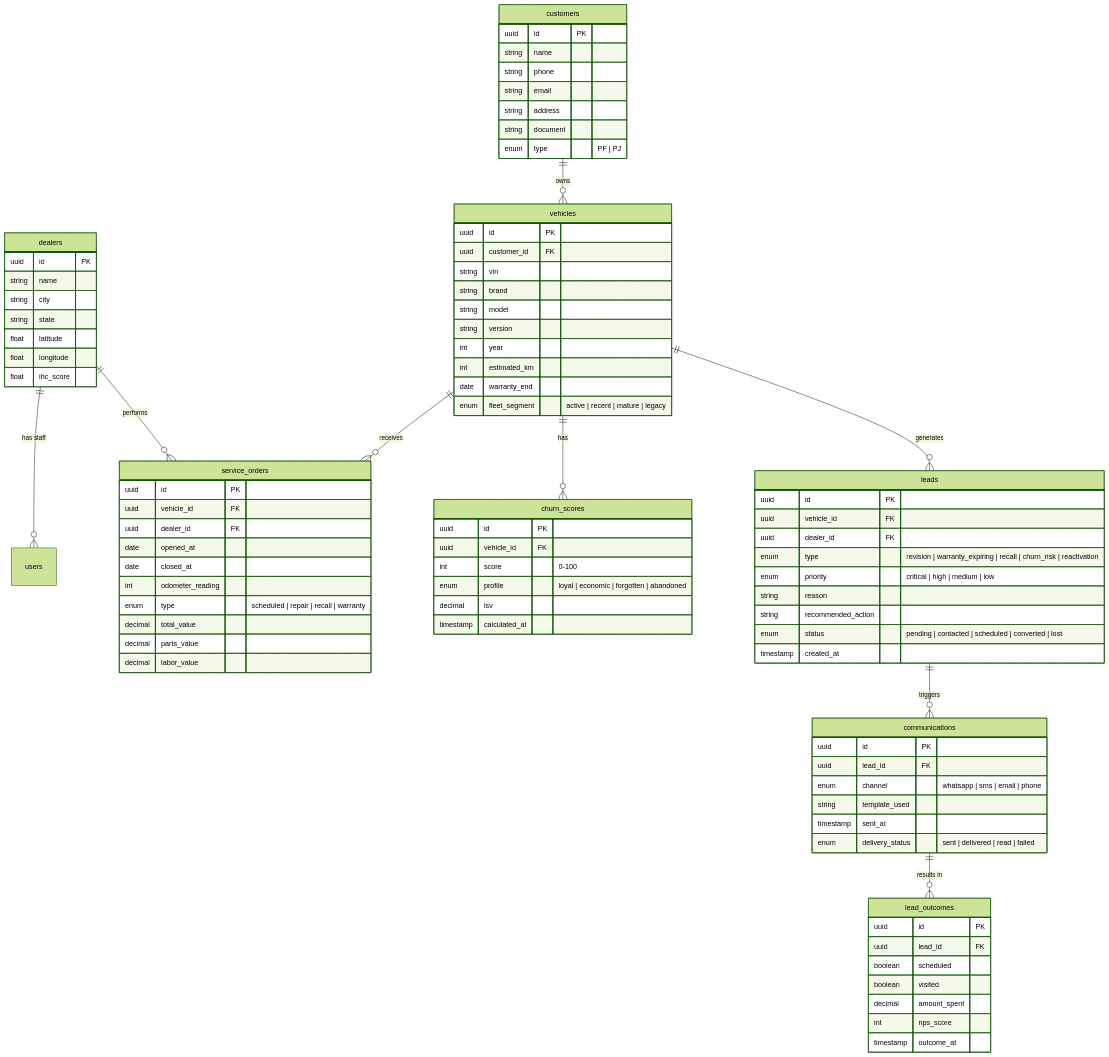
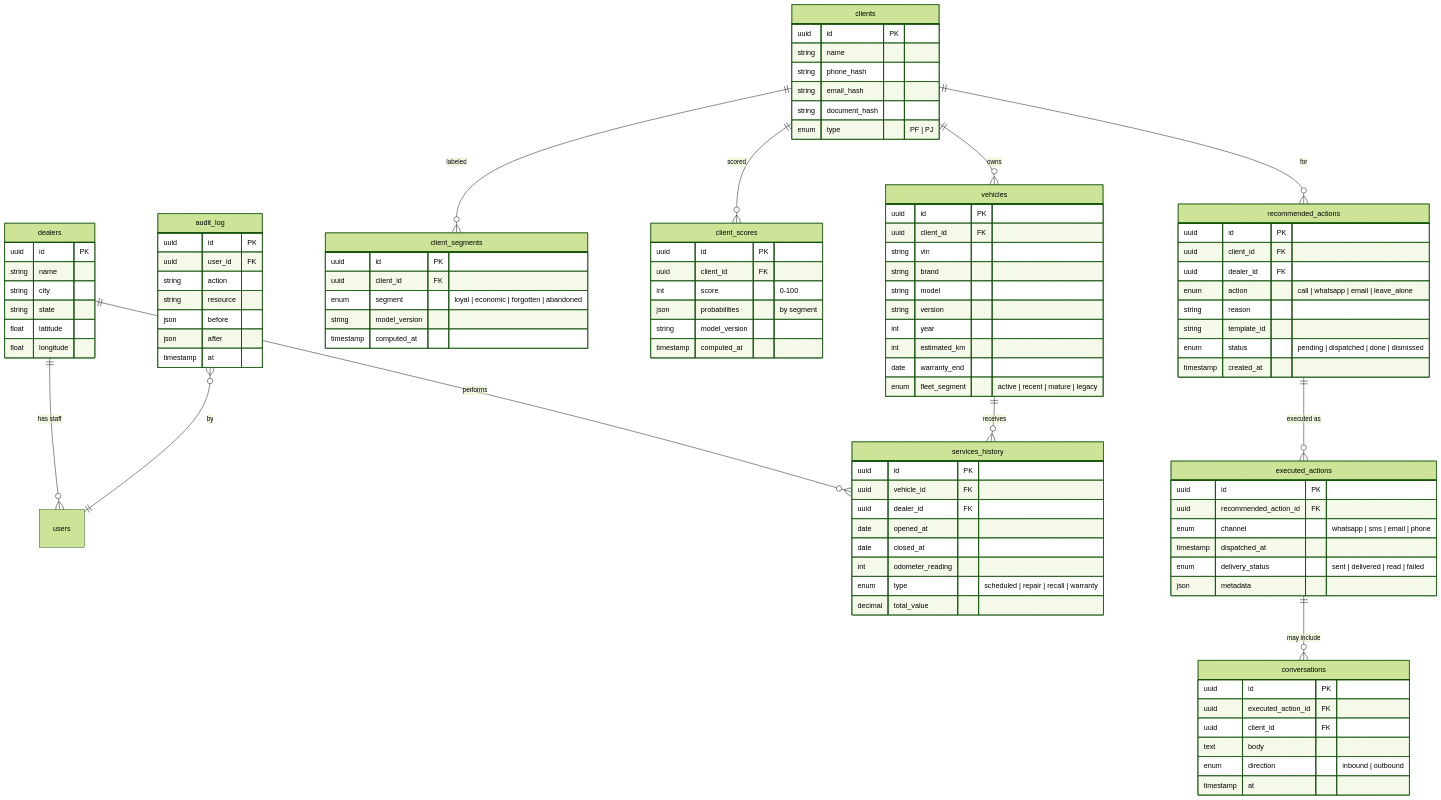
Before and after one commit to fwd-ford/forward-docs: the fourth of 5 diagrams in project/03_SOLUTION_DESIGN.md, drawn with Mermaid (forest theme). The commit also changed other lines of this file and 20 other files, not shown here.

````diff
--- a/project/03_SOLUTION_DESIGN.md
+++ b/project/03_SOLUTION_DESIGN.md
@@ -356,13 +658,15 @@
 ```mermaid
 erDiagram
     dealers ||--o{ users : "has staff"
-    dealers ||--o{ service_orders : "performs"
-    customers ||--o{ vehicles : "owns"
-    vehicles ||--o{ service_orders : "receives"
-    vehicles ||--o{ churn_scores : "has"
-    vehicles ||--o{ leads : "generates"
-    leads ||--o{ communications : "triggers"
-    communications ||--o{ lead_outcomes : "results in"
+    dealers ||--o{ services_history : "performs"
+    clients ||--o{ vehicles : "owns"
+    vehicles ||--o{ services_history : "receives"
+    clients ||--o{ client_segments : "labeled"
+    clients ||--o{ client_scores : "scored"
+    clients ||--o{ recommended_actions : "for"
+    recommended_actions ||--o{ executed_actions : "executed as"
+    executed_actions ||--o{ conversations : "may include"
+    audit_log }o--|| users : "by"
 
     dealers {
         uuid id PK
@@ -371,22 +675,20 @@
         string state
         float latitude
         float longitude
-        float ihc_score
     }
 
-    customers {
+    clients {
         uuid id PK
         string name
-        string phone
-        string email
-        string address
-        string document
+        string phone_hash
+        string email_hash
+        string document_hash
         enum type "PF | PJ"
     }
 
     vehicles {
         uuid id PK
-        uuid customer_id FK
+        uuid client_id FK
         string vin
         string brand
         string model
@@ -397,7 +699,7 @@
         enum fleet_segment "active | recent | mature | legacy"
     }
 
-    service_orders {
+    services_history {
         uuid id PK
         uuid vehicle_id FK
         uuid dealer_id FK
@@ -406,47 +708,61 @@
         int odometer_reading
         enum type "scheduled | repair | recall | warranty"
         decimal total_value
-        decimal parts_value
-        decimal labor_value
     }
 
-    churn_scores {
+    client_segments {
         uuid id PK
-        uuid vehicle_id FK
-        int score "0-100"
-        enum profile "loyal | economic | forgotten | abandoned"
-        decimal lsv
-        timestamp calculated_at
+        uuid client_id FK
+        enum segment "loyal | economic | forgotten | abandoned"
+        string model_version
+        timestamp computed_at
     }
 
-    leads {
+    client_scores {
         uuid id PK
-        uuid vehicle_id FK
+        uuid client_id FK
+        int score "0-100"
+        json probabilities "by segment"
+        string model_version
+        timestamp computed_at
+    }
+
+    recommended_actions {
+        uuid id PK
+        uuid client_id FK
         uuid dealer_id FK
-        enum type "revision | warranty_expiring | recall | churn_risk | reactivation"
-        enum priority "critical | high | medium | low"
+        enum action "call | whatsapp | email | leave_alone"
         string reason
-        string recommended_action
-        enum status "pending | contacted | scheduled | converted | lost"
+        string template_id
+        enum status "pending | dispatched | done | dismissed"
         timestamp created_at
     }
 
-    communications {
+    executed_actions {
         uuid id PK
-        uuid lead_id FK
+        uuid recommended_action_id FK
         enum channel "whatsapp | sms | email | phone"
-        string template_used
-        timestamp sent_at
+        timestamp dispatched_at
         enum delivery_status "sent | delivered | read | failed"
+        json metadata
     }
 
-    lead_outcomes {
+    conversations {
         uuid id PK
-        uuid lead_id FK
-        boolean scheduled
-        boolean visited
-        decimal amount_spent
-        int nps_score
-        timestamp outcome_at
+        uuid executed_action_id FK
+        uuid client_id FK
+        text body
+        enum direction "inbound | outbound"
+        timestamp at
+    }
+
+    audit_log {
+        uuid id PK
+        uuid user_id FK
+        string action
+        string resource
+        json before
+        json after
+        timestamp at
     }
 ```
````
